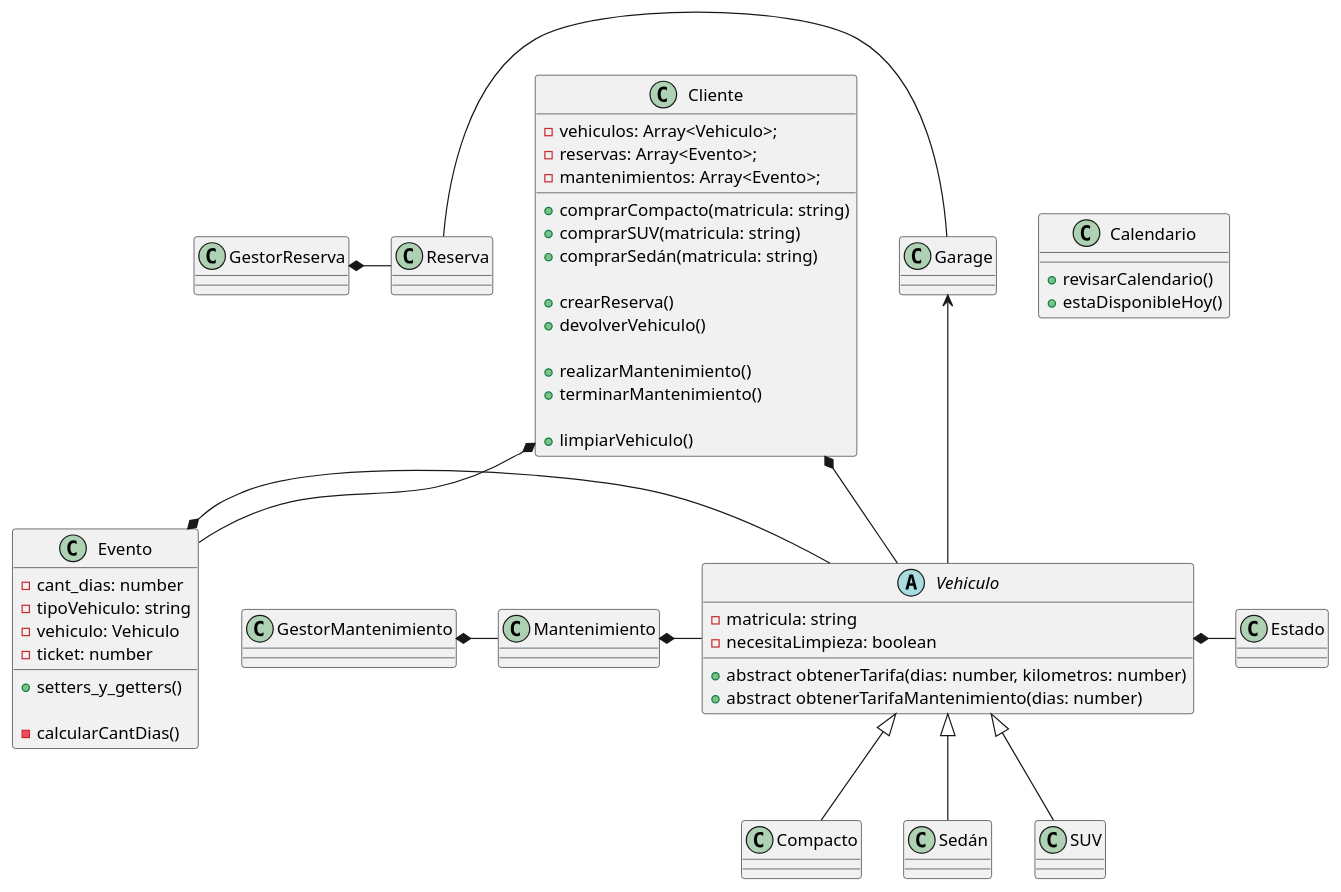
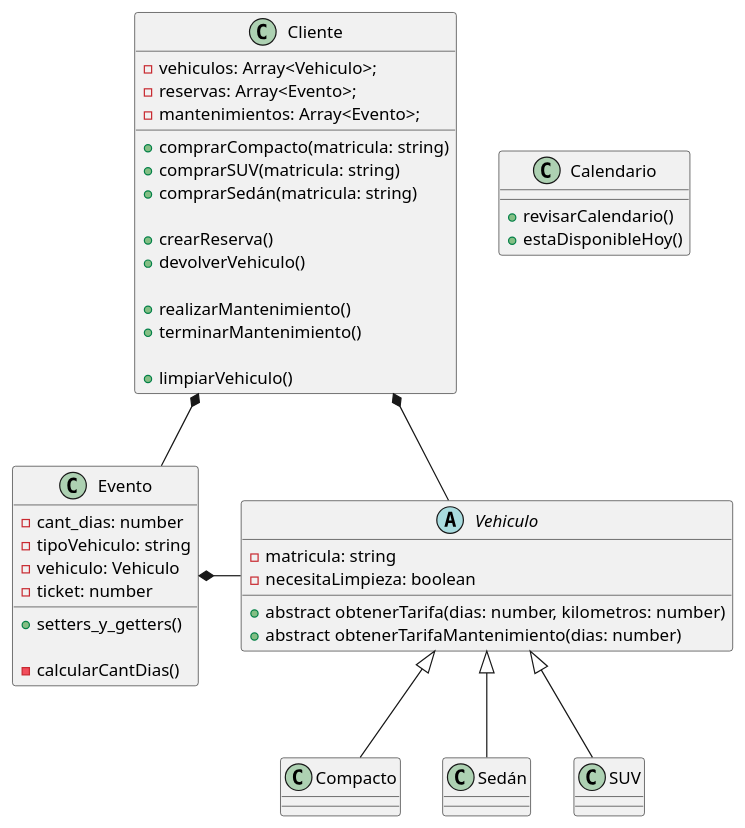
The diagram in diagramas/clases.puml (AlejoSuarez-37/Trabajo-Practico-Grupo16), drawn with PlantUML before and after one commit. The commit also changed 5 other files, not shown here.

```diff
--- a/diagramas/clases.puml
+++ b/diagramas/clases.puml
@@ -1,75 +1,67 @@
 @startuml Diagrama de clases
 
 class Cliente {
     - vehiculos: Array<Vehiculo>;
     - reservas: Array<Evento>;
     - mantenimientos: Array<Evento>;
 
     + comprarCompacto(matricula: string)
     + comprarSUV(matricula: string)
     + comprarSedán(matricula: string)
 
     + crearReserva()
     + devolverVehiculo()
 
     + realizarMantenimiento()
     + terminarMantenimiento()
 
     + limpiarVehiculo()
 }
 
 abstract class Vehiculo {
     - matricula: string
     - necesitaLimpieza: boolean
     
     + abstract obtenerTarifa(dias: number, kilometros: number)
     + abstract obtenerTarifaMantenimiento(dias: number)
 }
 
 class Compacto {
 
 }
 class Sedán {
 
-
 }
 class SUV {
 
 }
 
 class Evento {
     - cant_dias: number
     - tipoVehiculo: string
     - vehiculo: Vehiculo
     - ticket: number
 
     + setters_y_getters()
 
     - calcularCantDias()
 }
 
 class Calendario {
     + revisarCalendario()
     + estaDisponibleHoy()
 }
 
 
 ' Relaciones
-Garage <-d- Vehiculo
-Vehiculo  *-r- Estado
-Reserva -r- Garage
-GestorReserva *-r- Reserva
-Mantenimiento *-r- Vehiculo 
-GestorMantenimiento *-r- Mantenimiento
-
 
 Cliente *-- Vehiculo
 Cliente *-- Evento
 
 Evento *-r- Vehiculo
 
 Vehiculo <|-- Compacto
 Vehiculo <|-- Sedán
 Vehiculo <|-- SUV
 
 @enduml
```
